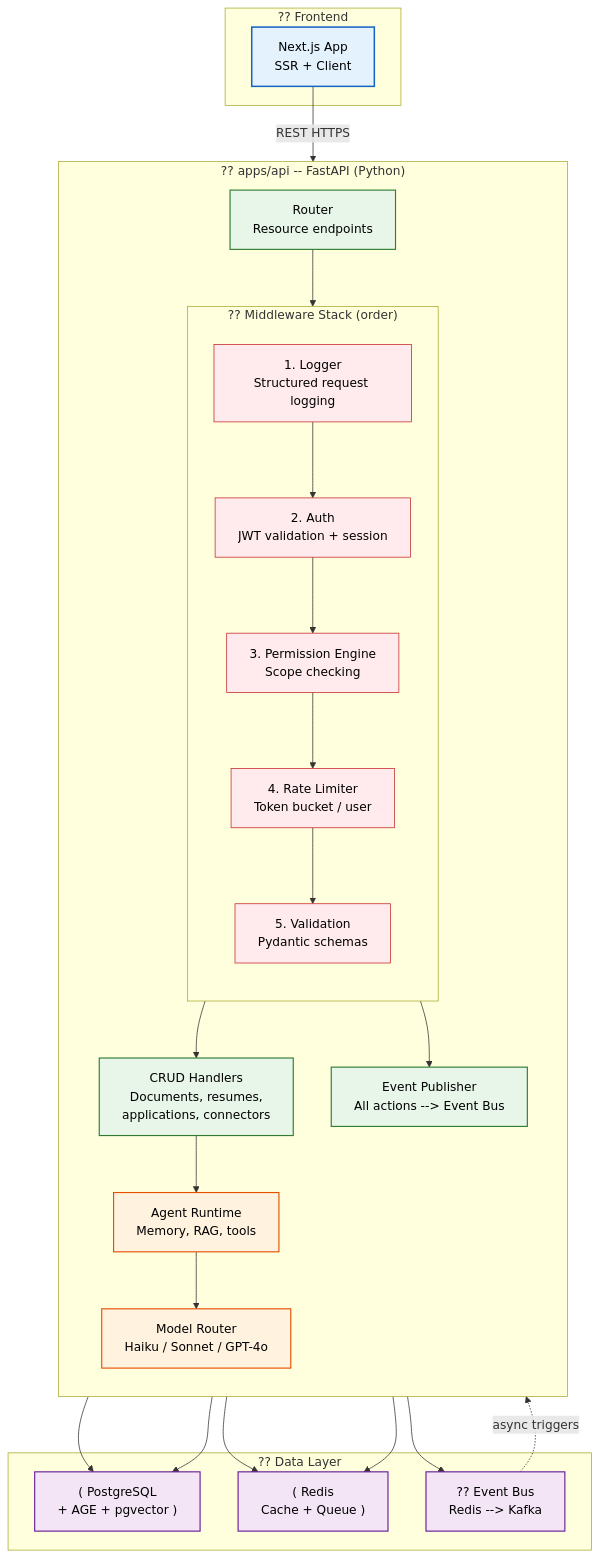
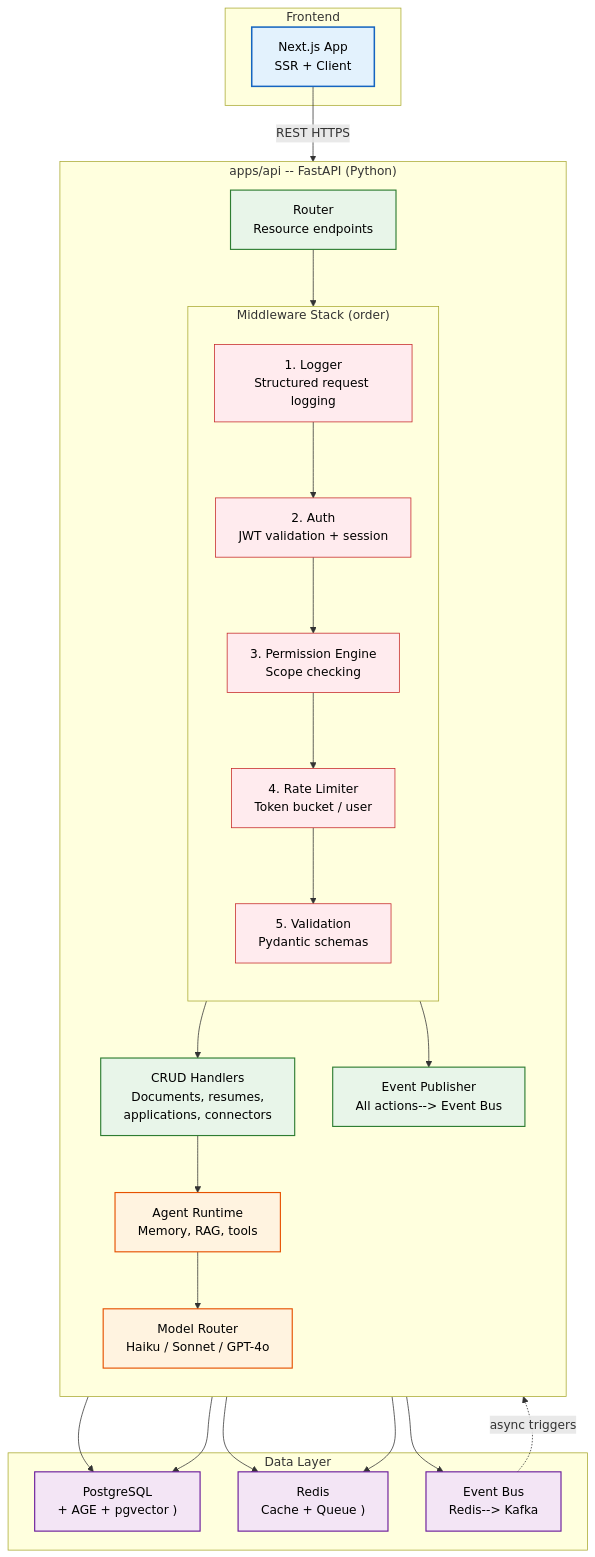
One commit to Driftloom/Vaeloom changed the diagram in docs/backend/Backend-Architecture.md. Above: the diagram before and after it, drawn with Mermaid. The commit also changed other lines of this file and 694 other files, not shown here.

First line of the commit message:
docs: mermaid standardization — encoding/mermaid/duplicate cleanup

````diff
--- a/docs/backend/Backend-Architecture.md
+++ b/docs/backend/Backend-Architecture.md
@@ -10,54 +10,54 @@
 ```mermaid
 graph TD
-    classDef front fill:#e3f2fd,stroke:#1565c0,color:#000,stroke-width:2px
-    classDef api fill:#e8f5e9,stroke:#2e7d32,color:#000,stroke-width:1.5px
-    classDef ai fill:#fff3e0,stroke:#e65100,color:#000,stroke-width:1.5px
-    classDef infra fill:#f3e5f5,stroke:#6a1b9a,color:#000,stroke-width:1.5px
-    classDef mw fill:#ffebee,stroke:#c62828,color:#000,stroke-width:1px
+ classDef front fill:#e3f2fd,stroke:#1565c0,color:#000,stroke-width:2px
+ classDef api fill:#e8f5e9,stroke:#2e7d32,color:#000,stroke-width:1.5px
+ classDef ai fill:#fff3e0,stroke:#e65100,color:#000,stroke-width:1.5px
+ classDef infra fill:#f3e5f5,stroke:#6a1b9a,color:#000,stroke-width:1.5px
+ classDef mw fill:#ffebee,stroke:#c62828,color:#000,stroke-width:1px
 
-    subgraph Frontend["?? Frontend"]
-        WEB["Next.js App<br/>SSR + Client"]
-    end
+ subgraph Frontend["Frontend"]
+ WEB["Next.js App<br/>SSR + Client"]
+ end
 
-    subgraph Backend["?? apps/api -- FastAPI (Python)"]
-        direction TB
-        B1["Router<br/>Resource endpoints"]
+ subgraph Backend["apps/api -- FastAPI (Python)"]
+ direction TB
+ B1["Router<br/>Resource endpoints"]
 
-        subgraph Middleware["?? Middleware Stack (order)"]
-            direction TB
-            M1["1. Logger<br/>Structured request logging"]
-            M2["2. Auth<br/>JWT validation + session"]
-            M3["3. Permission Engine<br/>Scope checking"]
-            M4["4. Rate Limiter<br/>Token bucket / user"]
-            M5["5. Validation<br/>Pydantic schemas"]
-        end
+ subgraph Middleware["Middleware Stack (order)"]
+ direction TB
+ M1["1. Logger<br/>Structured request logging"]
+ M2["2. Auth<br/>JWT validation + session"]
+ M3["3. Permission Engine<br/>Scope checking"]
+ M4["4. Rate Limiter<br/>Token bucket / user"]
+ M5["5. Validation<br/>Pydantic schemas"]
+ end
 
-        B2["CRUD Handlers<br/>Documents, resumes,\napplications, connectors"]
-        B3["Event Publisher<br/>All actions --> Event Bus"]
-        A1["Agent Runtime<br/>Memory, RAG, tools"]
-        A2["Model Router<br/>Haiku / Sonnet / GPT-4o"]
-    end
+ B2["CRUD Handlers<br/>Documents, resumes,\napplications, connectors"]
+ B3["Event Publisher<br/>All actions--> Event Bus"]
+ A1["Agent Runtime<br/>Memory, RAG, tools"]
+ A2["Model Router<br/>Haiku / Sonnet / GPT-4o"]
+ end
 
-    subgraph Data["?? Data Layer"]
-        PG["( PostgreSQL<br/>+ AGE + pgvector )"]
-        REDIS["( Redis<br/>Cache + Queue )"]
-        EVENTS["?? Event Bus<br/>Redis --> Kafka"]
-    end
+ subgraph Data["Data Layer"]
+ PG["PostgreSQL<br/>+ AGE + pgvector )"]
+ REDIS["Redis<br/>Cache + Queue )"]
+ EVENTS["Event Bus<br/>Redis--> Kafka"]
+ end
 
-    WEB -->|REST HTTPS| B1
-    B1 --> M1 --> M2 --> M3 --> M4 --> M5
-    M5 --> B2 & B3
-    B2 --> A1
-    A1 --> A2
-    B2 --> PG & REDIS
-    A1 --> PG & REDIS
-    B3 --> EVENTS
-    EVENTS -.->|async triggers| A1
+ WEB-->|REST HTTPS| B1
+ B1--> M1--> M2--> M3--> M4--> M5
+ M5--> B2 & B3
+ B2--> A1
+ A1--> A2
+ B2--> PG & REDIS
+ A1--> PG & REDIS
+ B3--> EVENTS
+ EVENTS -.->|async triggers| A1
 
-    class WEB front
-    class B1,B2,B3 api
-    class M1,M2,M3,M4,M5 mw
-    class A1,A2 ai
-    class PG,REDIS,EVENTS infra
+ class WEB front
+ class B1,B2,B3 api
+ class M1,M2,M3,M4,M5 mw
+ class A1,A2 ai
+ class PG,REDIS,EVENTS infra
 
 ```
````
